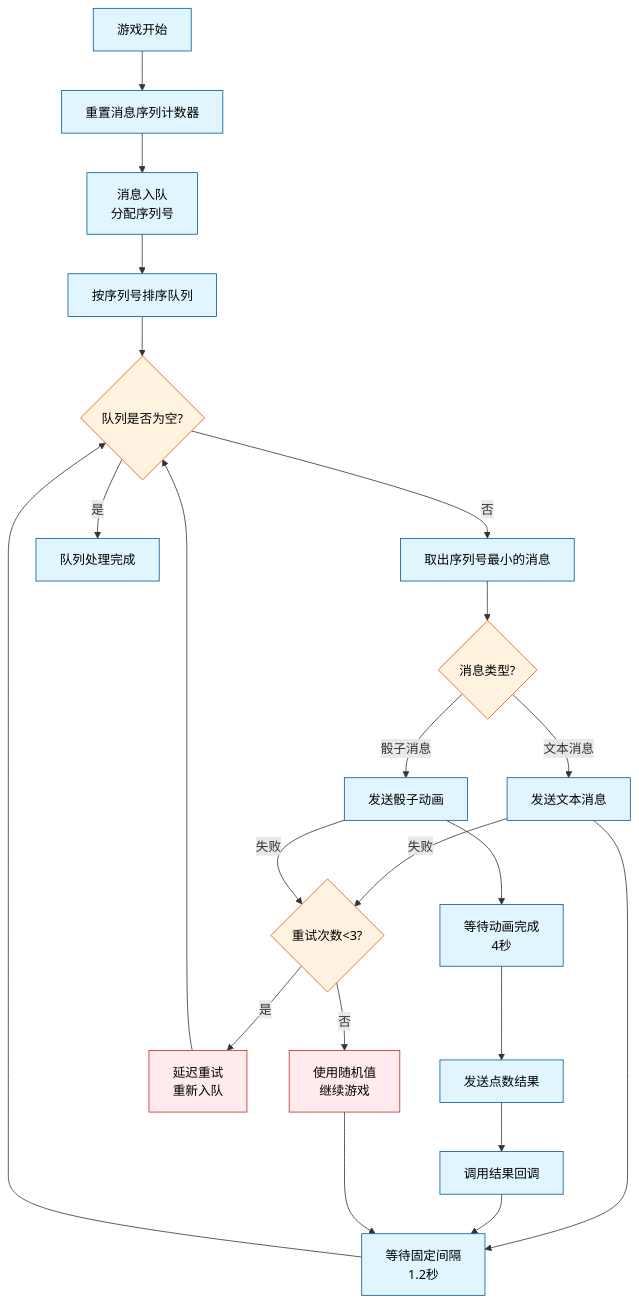
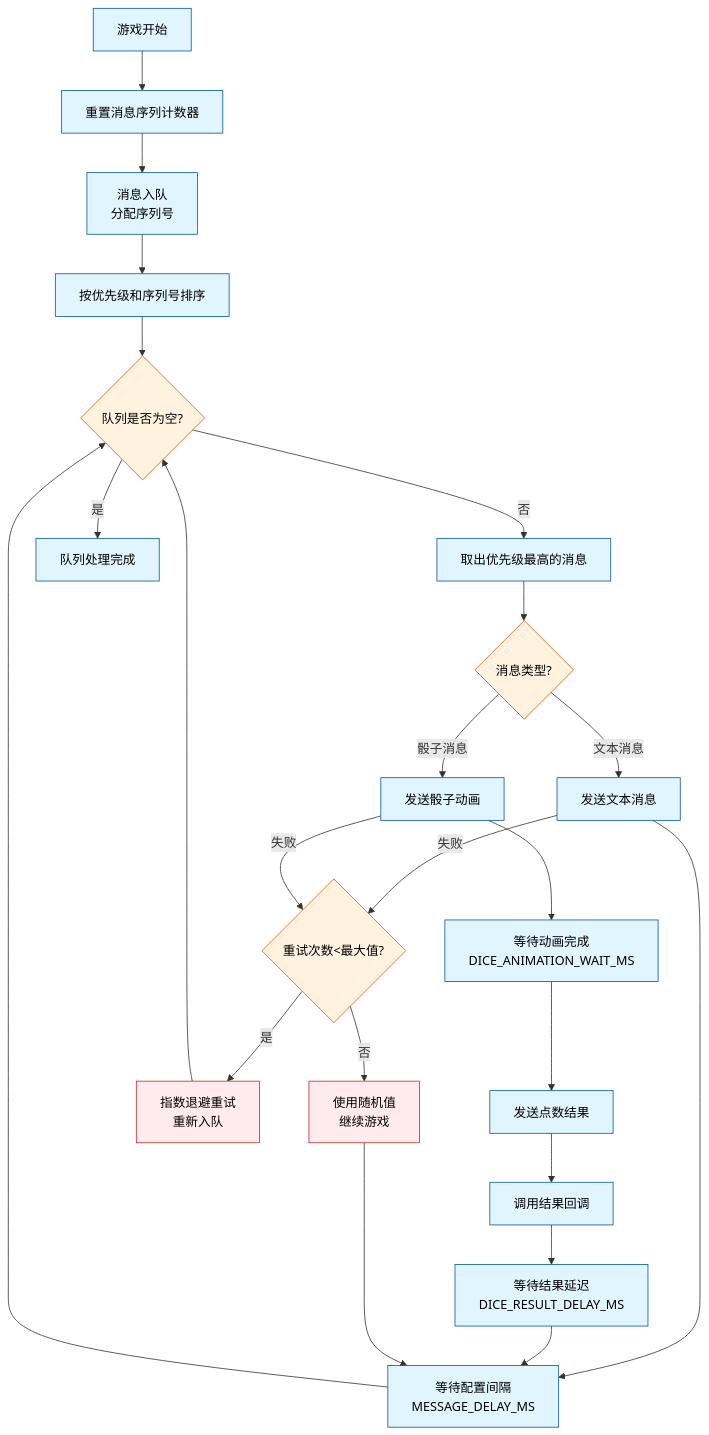
The second of 3 diagrams in README.md (WuChenDi/bc-services), drawn with Mermaid before and after one commit. The commit also changed other lines of this file, not shown here.

````diff
--- a/README.md
+++ b/README.md
@@ -172,38 +189,39 @@
 ```mermaid
 flowchart TD
     A[游戏开始] --> B[重置消息序列计数器]
     B --> C[消息入队<br/>分配序列号]
-    C --> D[按序列号排序队列]
+    C --> D[按优先级和序列号排序]
     D --> E{队列是否为空?}
-    E -->|否| F[取出序列号最小的消息]
+    E -->|否| F[取出优先级最高的消息]
     F --> G{消息类型?}
     
     G -->|文本消息| H[发送文本消息]
     G -->|骰子消息| I[发送骰子动画]
     
-    H --> J[等待固定间隔<br/>1.2秒]
+    H --> J[等待配置间隔<br/>MESSAGE_DELAY_MS]
     
-    I --> K[等待动画完成<br/>4秒]
+    I --> K[等待动画完成<br/>DICE_ANIMATION_WAIT_MS]
     K --> L[发送点数结果]
     L --> M[调用结果回调]
-    M --> J
+    M --> N[等待结果延迟<br/>DICE_RESULT_DELAY_MS]
+    N --> J
     
     J --> E
-    E -->|是| N[队列处理完成]
+    E -->|是| O[队列处理完成]
     
     %% 错误处理
-    H -->|失败| O{重试次数<3?}
-    I -->|失败| O
-    O -->|是| P[延迟重试<br/>重新入队]
-    O -->|否| Q[使用随机值<br/>继续游戏]
-    P --> E
-    Q --> J
+    H -->|失败| P{重试次数<最大值?}
+    I -->|失败| P
+    P -->|是| Q[指数退避重试<br/>重新入队]
+    P -->|否| R[使用随机值<br/>继续游戏]
+    Q --> E
+    R --> J
 
     classDef process fill:#e1f5fe,stroke:#01579b,color:#000
     classDef decision fill:#fff3e0,stroke:#e65100,color:#000
     classDef error fill:#ffebee,stroke:#c62828,color:#000
     
-    class A,B,C,D,F,H,I,K,L,M,J,N process
-    class E,G,O decision
-    class P,Q error
+    class A,B,C,D,F,H,I,K,L,M,N,J,O process
+    class E,G,P decision
+    class Q,R error
 ```
````
